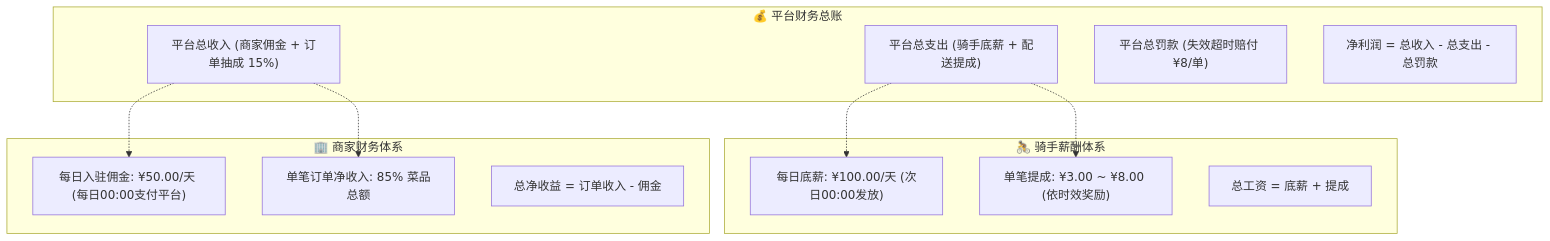
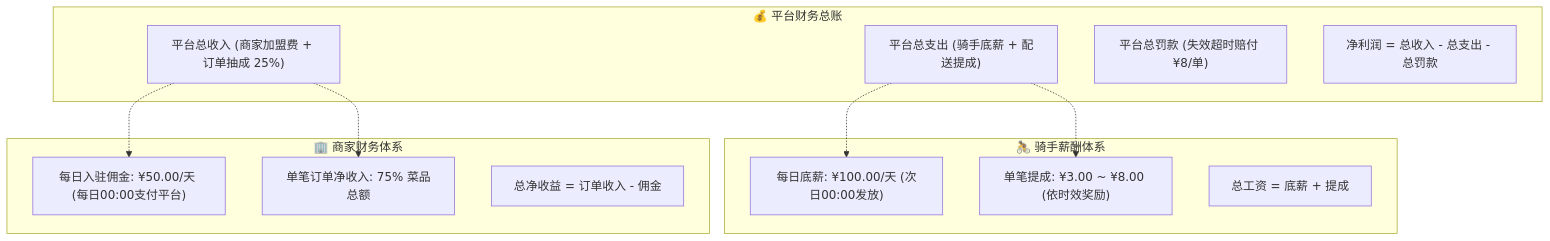
The third of 3 diagrams in README.md (EricYFY/meileme), drawn with Mermaid before and after one commit. The commit also changed other lines of this file and 5 other files, not shown here.

````diff
--- a/README.md
+++ b/README.md
@@ -277,26 +243,26 @@
 ```mermaid
 flowchart TD
     subgraph 平台总账 [💰 平台财务总账]
-        Rev["平台总收入 (商家佣金 + 订单抽成 15%)"]
+        Rev["平台总收入 (商家加盟费 + 订单抽成 25%)"]
         Exp["平台总支出 (骑手底薪 + 配送提成)"]
         Fin["平台总罚款 (失效超时赔付 ¥8/单)"]
         Net["净利润 = 总收入 - 总支出 - 总罚款"]
     end
 
     subgraph 骑手收入 [🚴 骑手薪酬体系]
         RBase["每日底薪: ¥100.00/天 (次日00:00发放)"]
         RBonus["单笔提成: ¥3.00 ~ ¥8.00 (依时效奖励)"]
         RTot["总工资 = 底薪 + 提成"]
     end
 
     subgraph 商家收支 [🏢 商家财务体系]
         MComm["每日入驻佣金: ¥50.00/天 (每日00:00支付平台)"]
-        MRev["单笔订单净收入: 85% 菜品总额"]
+        MRev["单笔订单净收入: 75% 菜品总额"]
         MNet["总净收益 = 订单收入 - 佣金"]
     end
 
     Rev -.-> MComm
     Rev -.-> MRev
     Exp -.-> RBase
     Exp -.-> RBonus
 ```
````
